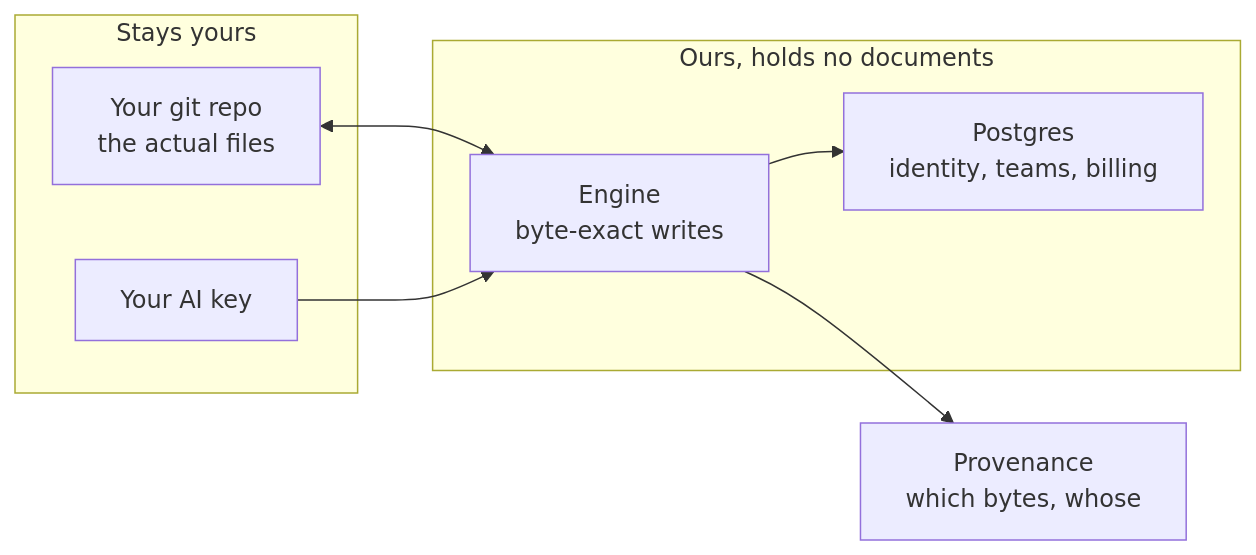
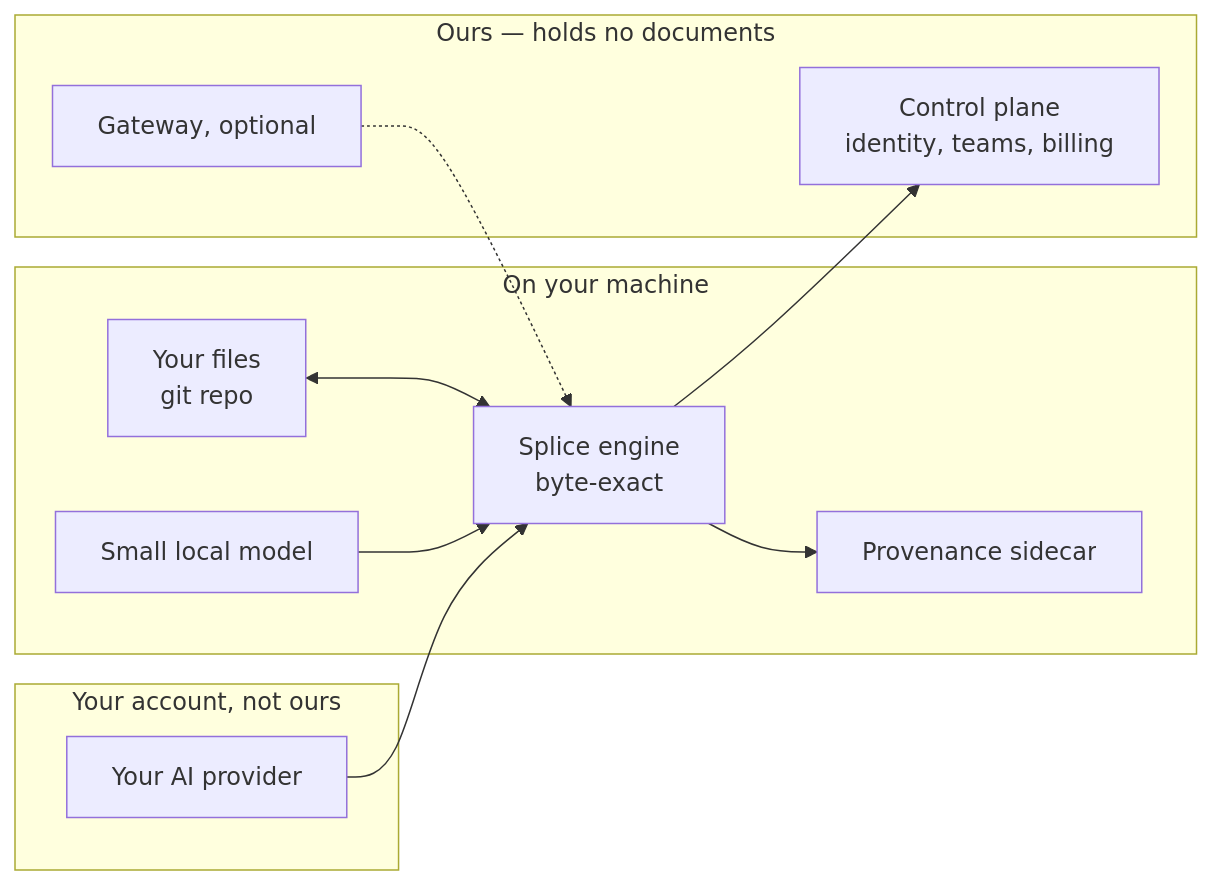
The sixth of 8 diagrams in docs/PRODUCT-BRIEF.md (studiozephyrus/frontmatter), drawn with Mermaid before and after one commit. The commit also changed other lines of this file and 1 other file, not shown here.

````diff
--- a/docs/PRODUCT-BRIEF.md
+++ b/docs/PRODUCT-BRIEF.md
@@ -1218,15 +768,22 @@
 ```mermaid
 flowchart LR
-  subgraph Yours["Stays yours"]
-    R["Your git repo<br/>the actual files"]
-    K["Your AI key"]
+  subgraph Local["On your machine"]
+    F["Your files<br/>git repo"]
+    E["Splice engine<br/>byte-exact"]
+    P["Provenance sidecar"]
+    M["Small local model"]
   end
-  subgraph Ours["Ours, holds no documents"]
-    E["Engine<br/>byte-exact writes"]
-    P["Postgres<br/>identity, teams, billing"]
+  subgraph Yours["Your account, not ours"]
+    K["Your AI provider"]
   end
-  R <--> E
+  subgraph Ours["Ours — holds no documents"]
+    G["Gateway, optional"]
+    C["Control plane<br/>identity, teams, billing"]
+  end
+  F <--> E
+  E --> P
+  M --> E
   K --> E
-  E --> P
-  E --> V["Provenance<br/>which bytes, whose"]
+  G -.-> E
+  E --> C
 ```
````
